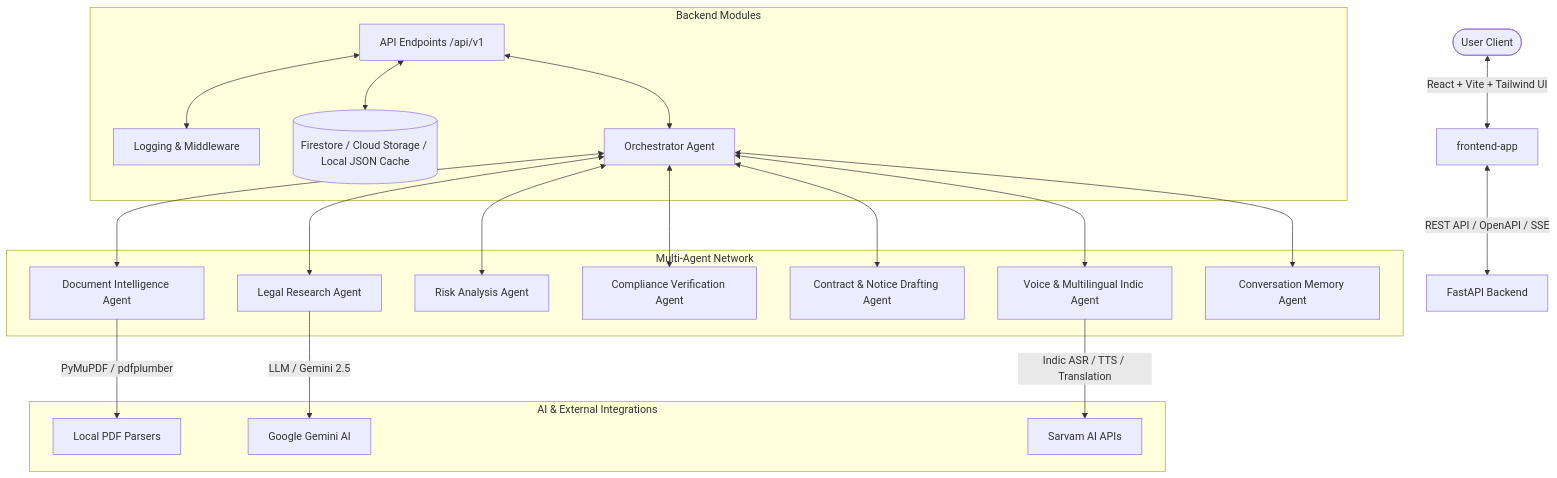
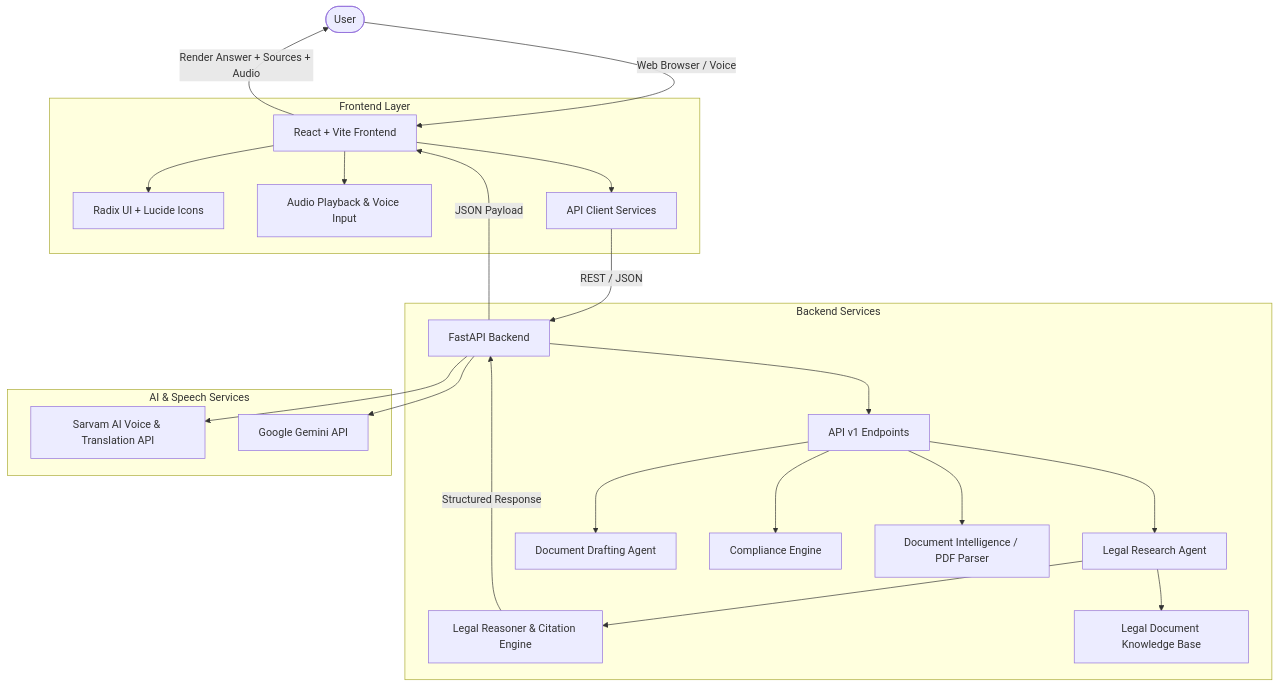
The diagram in README.md (nitesh-20/lawgpt-moonshot), drawn with Mermaid before and after one commit. The commit also changed other lines of this file, not shown here.

````diff
--- a/README.md
+++ b/README.md
@@ -11,27 +117,32 @@
 ```mermaid
 flowchart TD
-    User([User Client]) <-->|React + Vite + Tailwind UI| Frontend[frontend-app]
-    Frontend <-->|REST API / OpenAPI / SSE| Backend[FastAPI Backend]
+    User([User]) -->|Web Browser / Voice| Frontend[React + Vite Frontend]
     
-    subgraph Backend Modules
-        API[API Endpoints /api/v1] <--> Log[Logging & Middleware]
-        API <--> DB[(Firestore / Cloud Storage / Local JSON Cache)]
-        API <--> Orchestrator[Orchestrator Agent]
+    subgraph Frontend_Layer [Frontend Layer]
+        Frontend --> UI_Components[Radix UI + Lucide Icons]
+        Frontend --> Voice_Controls[Audio Playback & Voice Input]
+        Frontend --> API_Client[API Client Services]
     end
-    
-    subgraph Multi-Agent Network
-        Orchestrator <--> DocAgent[Document Intelligence Agent]
-        Orchestrator <--> ResAgent[Legal Research Agent]
-        Orchestrator <--> RiskAgent[Risk Analysis Agent]
-        Orchestrator <--> CompAgent[Compliance Verification Agent]
-        Orchestrator <--> DraftAgent[Contract & Notice Drafting Agent]
-        Orchestrator <--> VoiceAgent[Voice & Multilingual Indic Agent]
-        Orchestrator <--> MemAgent[Conversation Memory Agent]
+
+    API_Client -->|REST / JSON| Backend[FastAPI Backend]
+
+    subgraph Backend_Layer [Backend Services]
+        Backend --> Router[API v1 Endpoints]
+        Router --> ResearchAgent[Legal Research Agent]
+        Router --> DraftingAgent[Document Drafting Agent]
+        Router --> ComplianceAgent[Compliance Engine]
+        Router --> DocumentEngine[Document Intelligence / PDF Parser]
+        
+        ResearchAgent --> LegalReasoner[Legal Reasoner & Citation Engine]
+        ResearchAgent --> DocStore[Legal Document Knowledge Base]
     end
-    
-    subgraph AI & External Integrations
-        DocAgent -->|PyMuPDF / pdfplumber| PDF[Local PDF Parsers]
-        ResAgent -->|LLM / Gemini 2.5| Gemini[Google Gemini AI]
-        VoiceAgent -->|Indic ASR / TTS / Translation| Sarvam[Sarvam AI APIs]
+
+    subgraph External_Services [AI & Speech Services]
+        Backend --> SarvamAI[Sarvam AI Voice & Translation API]
+        Backend --> GeminiAPI[Google Gemini API]
     end
+
+    LegalReasoner -->|Structured Response| Backend
+    Backend -->|JSON Payload| Frontend
+    Frontend -->|Render Answer + Sources + Audio| User
 ```
````
